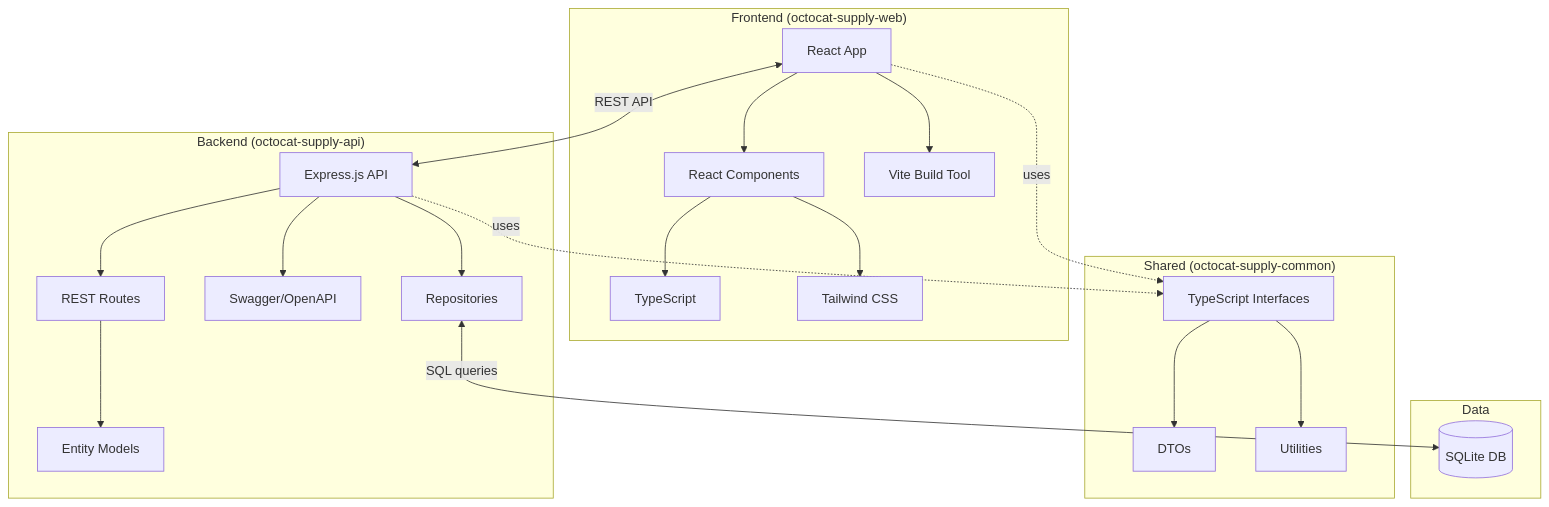
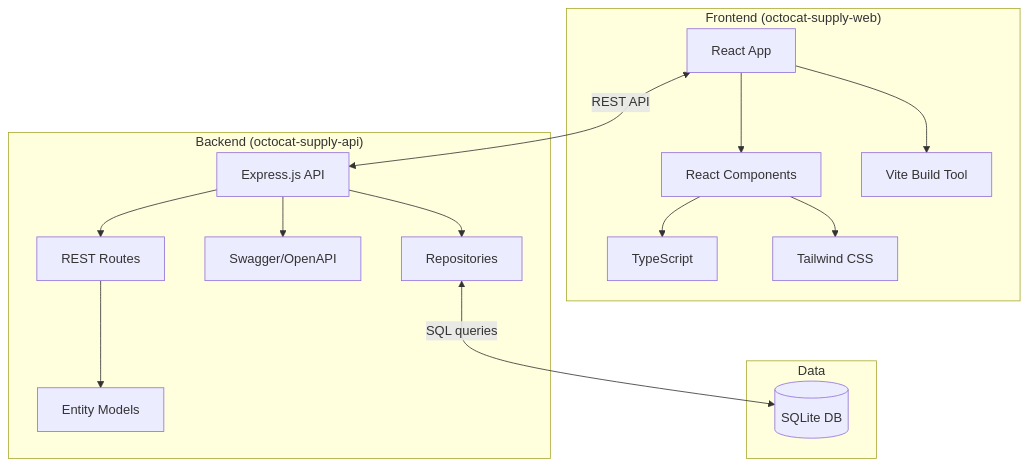
Before and after one commit to copilot-skills-example/octocat-supply-platform: the second of 2 diagrams in architecture/README.md, drawn with Mermaid. The commit also changed other lines of this file and 8 other files, not shown here.

Commit message:
Remove octocat-supply-common: simplify to 3-repo architecture (platform, web, api)

````diff
--- a/architecture/README.md
+++ b/architecture/README.md
@@ -47,31 +42,23 @@
 ```mermaid
 flowchart TD
     subgraph "Frontend (octocat-supply-web)"
         F[React App] --> FC[React Components]
         FC --> FT[TypeScript]
         FC --> FCSS[Tailwind CSS]
         F --> FV[Vite Build Tool]
     end
 
     subgraph "Backend (octocat-supply-api)"
         B[Express.js API] --> BR[REST Routes]
         BR --> BM[Entity Models]
         B --> BS[Swagger/OpenAPI]
         B --> R[Repositories]
     end
 
-    subgraph "Shared (octocat-supply-common)"
-        S[TypeScript Interfaces]
-        S --> SD[DTOs]
-        S --> SU[Utilities]
-    end
-
     subgraph "Data"
         D[(SQLite DB)]
     end
 
     R <--SQL queries--> D
     F <--REST API--> B
-    F -.uses.-> S
-    B -.uses.-> S
 ```
````
